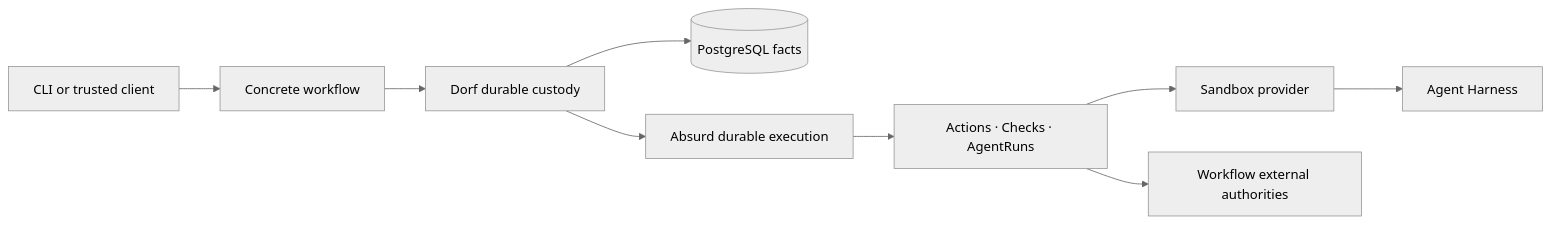
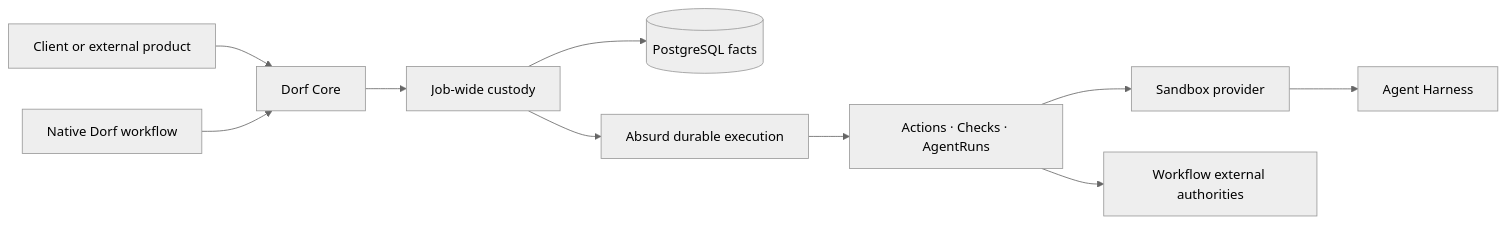
One commit to aphronio/dorf changed the diagram in docs/project/architecture.md. Above: the diagram before and after it, drawn with Mermaid (neutral theme). The commit also changed other lines of this file and 6 other files, not shown here.

````diff
--- a/docs/project/architecture.md
+++ b/docs/project/architecture.md
@@ -24,11 +27,12 @@
 ```mermaid
 flowchart LR
-    Client["CLI or trusted client"] --> Workflow["Concrete workflow"]
-    Workflow --> Custody["Dorf durable custody"]
+    Client["Client or external product"] --> Core["Dorf Core"]
+    Workflow["Native Dorf workflow"] --> Core
+    Core --> Custody["Job-wide custody"]
     Custody --> PG[("PostgreSQL facts")]
     Custody --> Absurd["Absurd durable execution"]
     Absurd --> Edge["Actions · Checks · AgentRuns"]
     Edge --> Sandbox["Sandbox provider"]
     Edge --> External["Workflow external authorities"]
     Sandbox --> Harness["Agent Harness"]
 ```
````
